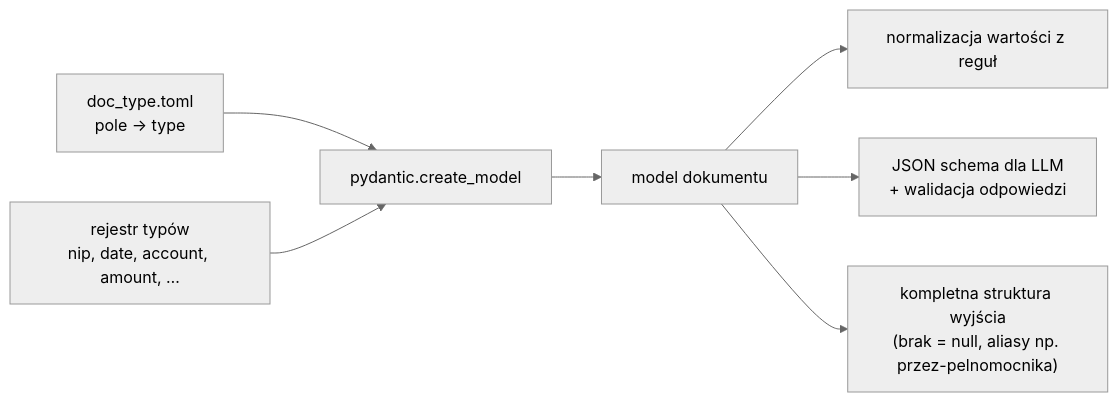
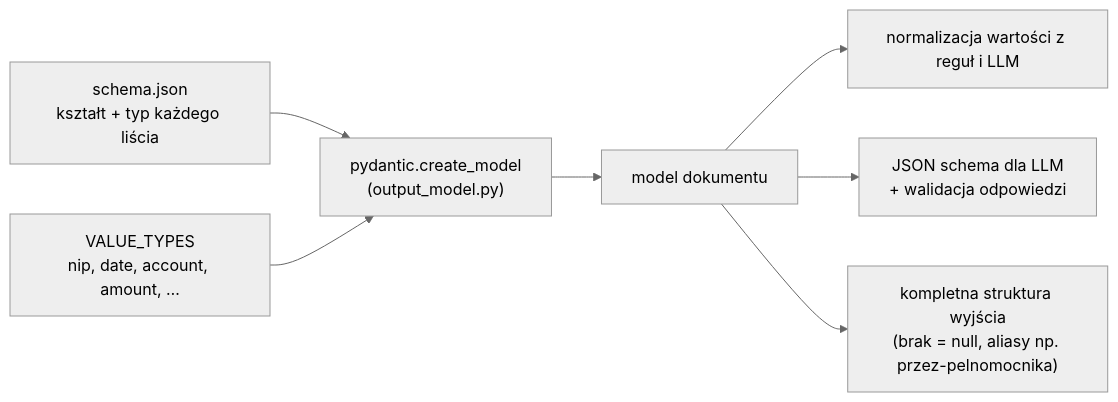
The third of 5 diagrams in docs/architecture.md (witold-nowogorski/hacknation--2026), drawn with Mermaid (neutral theme) before and after one commit. The commit also changed other lines of this file and 8 other files, not shown here.

First line of the commit message:
Build output models from schema.json with value-type normalisers

````diff
--- a/docs/architecture.md
+++ b/docs/architecture.md
@@ -106,9 +110,9 @@
 ```mermaid
 flowchart LR
-    Y["doc_type.toml<br/>pole → type"] --> CM["pydantic.create_model"]
-    R["rejestr typów<br/>nip, date, account, amount, …"] --> CM
+    Y["schema.json<br/>kształt + typ każdego liścia"] --> CM["pydantic.create_model<br/>(output_model.py)"]
+    R["VALUE_TYPES<br/>nip, date, account, amount, …"] --> CM
     CM --> DM["model dokumentu"]
-    DM --> U1["normalizacja wartości z reguł"]
+    DM --> U1["normalizacja wartości z reguł i LLM"]
     DM --> U2["JSON schema dla LLM<br/>+ walidacja odpowiedzi"]
     DM --> U3["kompletna struktura wyjścia<br/>(brak = null, aliasy np. przez-pelnomocnika)"]
 ```
````
